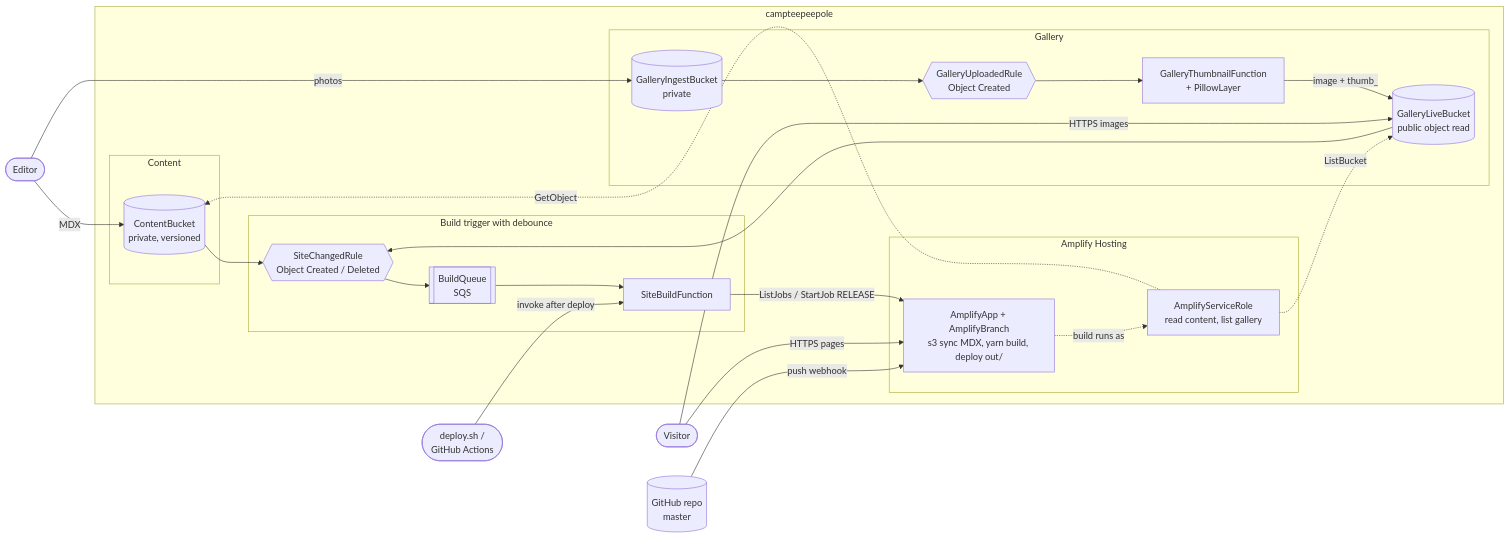
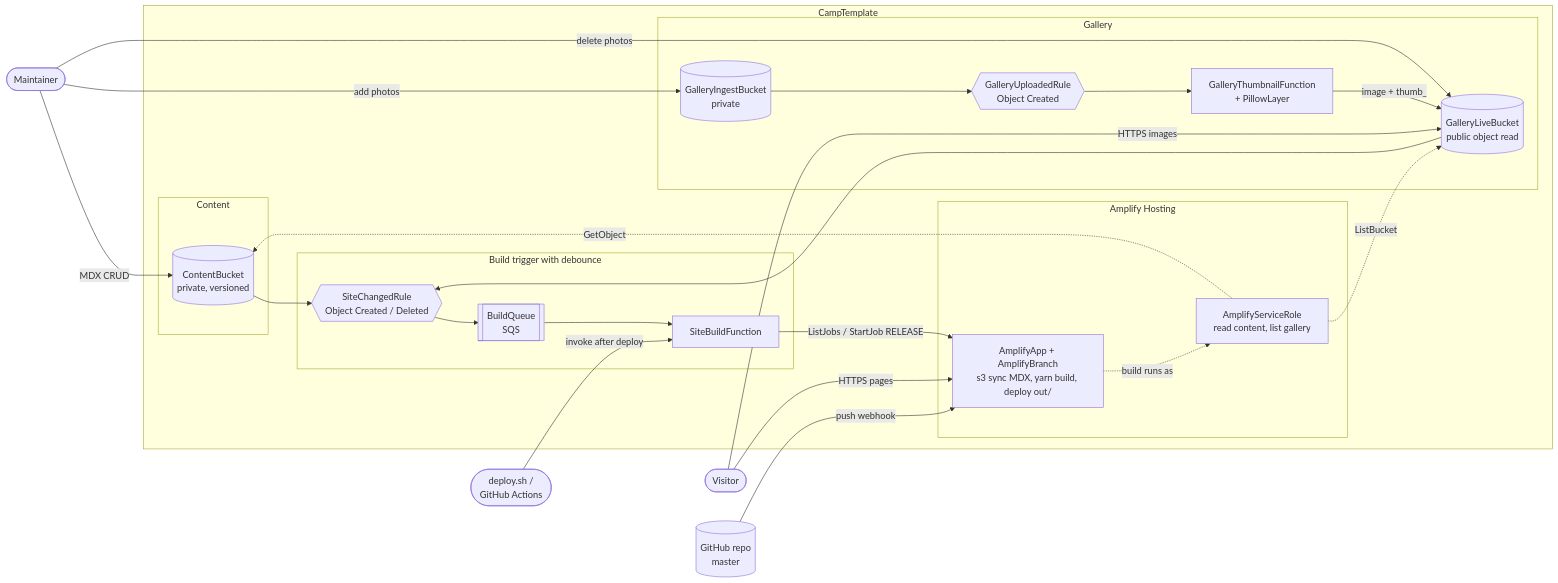
One commit to Swazimodo/campteepeepole changed the second of 2 diagrams in infra/README.md. Above: the diagram before and after it, drawn with Mermaid. The commit also changed other lines of this file and 13 other files, not shown here.

````diff
--- a/infra/README.md
+++ b/infra/README.md
@@ -38,50 +39,51 @@
 ```mermaid
 flowchart LR
-  editor([Editor])
+  maintainer([Maintainer])
   visitor([Visitor])
   github[(GitHub repo<br/>master)]
   deployer([deploy.sh /<br/>GitHub Actions])
 
-  subgraph app[campteepeepole]
+  subgraph app[CampTemplate]
     subgraph content[Content]
       contentBucket[(ContentBucket<br/>private, versioned)]
     end
 
     subgraph gallery[Gallery]
       ingest[(GalleryIngestBucket<br/>private)]
       uploadedRule{{GalleryUploadedRule<br/>Object Created}}
       thumbFn[GalleryThumbnailFunction<br/>+ PillowLayer]
       live[(GalleryLiveBucket<br/>public object read)]
     end
 
     subgraph trigger[Build trigger with debounce]
       changedRule{{SiteChangedRule<br/>Object Created / Deleted}}
       queue[[BuildQueue<br/>SQS]]
       buildFn[SiteBuildFunction]
     end
 
     subgraph hosting[Amplify Hosting]
       amplify[AmplifyApp + AmplifyBranch<br/>s3 sync MDX, yarn build, deploy out/]
       serviceRole[AmplifyServiceRole<br/>read content, list gallery]
     end
   end
 
-  editor -- MDX --> contentBucket
-  editor -- photos --> ingest
+  maintainer -- MDX CRUD --> contentBucket
+  maintainer -- add photos --> ingest
+  maintainer -- delete photos --> live
   ingest --> uploadedRule --> thumbFn
   thumbFn -- image + thumb_ --> live
 
   contentBucket --> changedRule
   live --> changedRule
   changedRule --> queue --> buildFn
   deployer -- invoke after deploy --> buildFn
   buildFn -- ListJobs / StartJob RELEASE --> amplify
   github -- push webhook --> amplify
 
   amplify -. build runs as .-> serviceRole
   serviceRole -. GetObject .-> contentBucket
   serviceRole -. ListBucket .-> live
 
   visitor -- HTTPS pages --> amplify
   visitor -- HTTPS images --> live
 ```
````
